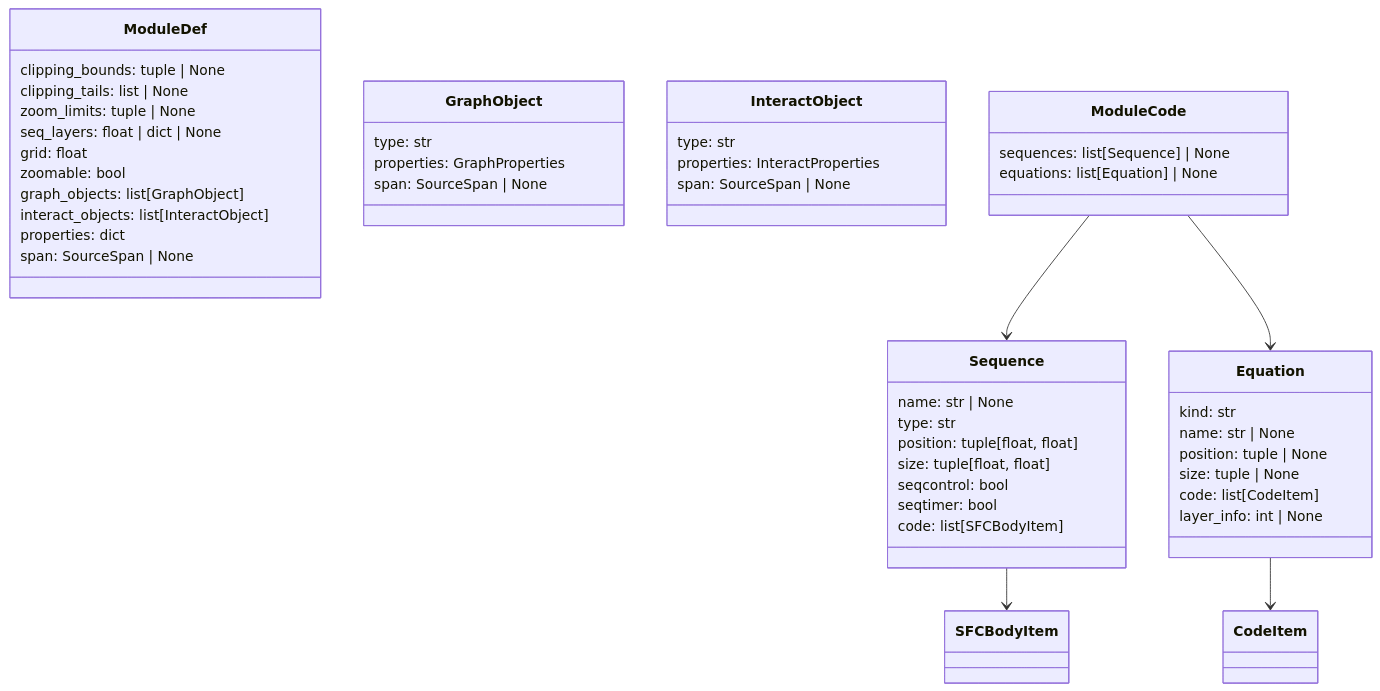
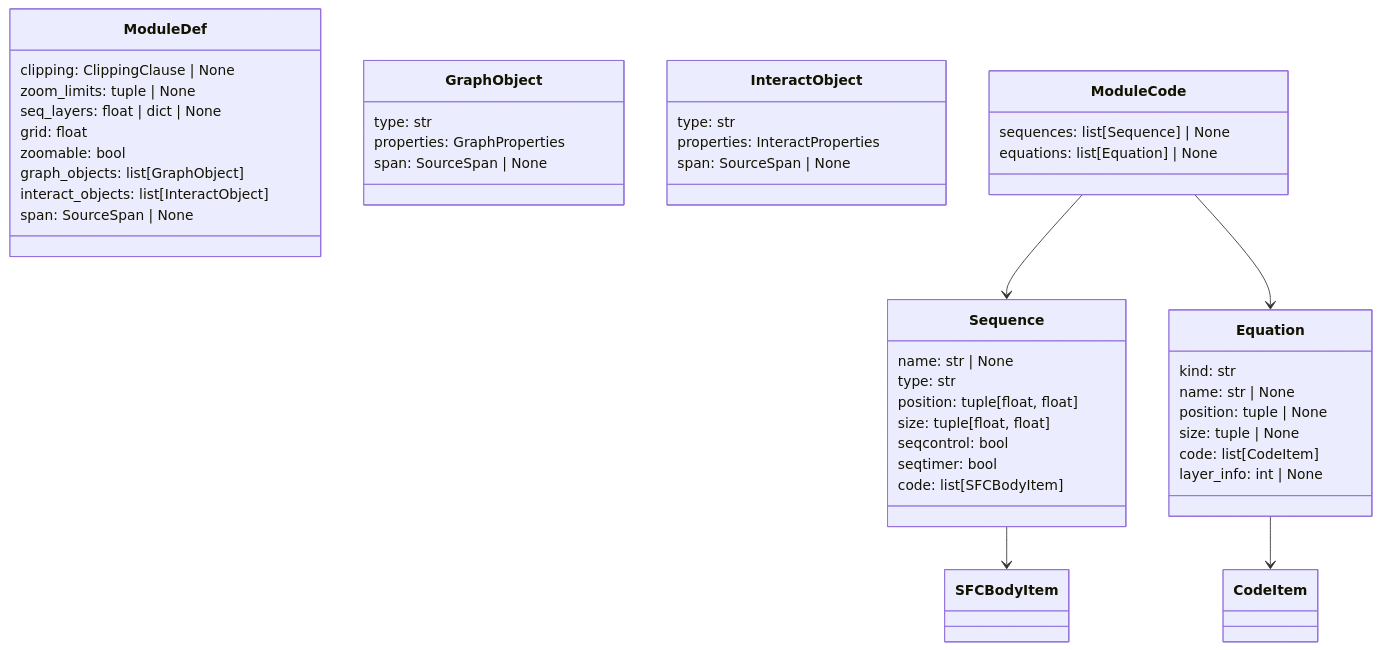
Before and after one commit to SorenHJohansen/sattline-parser: the third of 6 diagrams in docs/ast.md, drawn with Mermaid. The commit also changed other lines of this file and 25 other files, not shown here.

````diff
--- a/docs/ast.md
+++ b/docs/ast.md
@@ -175,56 +177,54 @@
 ```mermaid
 classDiagram
     class ModuleDef {
-        clipping_bounds: tuple | None
-        clipping_tails: list | None
+        clipping: ClippingClause | None
         zoom_limits: tuple | None
         seq_layers: float | dict | None
         grid: float
         zoomable: bool
         graph_objects: list[GraphObject]
         interact_objects: list[InteractObject]
-        properties: dict
         span: SourceSpan | None
     }
 
     class GraphObject {
         type: str
         properties: GraphProperties
         span: SourceSpan | None
     }
 
     class InteractObject {
         type: str
         properties: InteractProperties
         span: SourceSpan | None
     }
 
     class ModuleCode {
         sequences: list[Sequence] | None
         equations: list[Equation] | None
     }
 
     class Sequence {
         name: str | None
         type: str
         position: tuple[float, float]
         size: tuple[float, float]
         seqcontrol: bool
         seqtimer: bool
         code: list[SFCBodyItem]
     }
 
     class Equation {
         kind: str
         name: str | None
         position: tuple | None
         size: tuple | None
         code: list[CodeItem]
         layer_info: int | None
     }
 
     ModuleCode --> Sequence
     ModuleCode --> Equation
     Sequence --> SFCBodyItem
     Equation --> CodeItem
 ```
````
